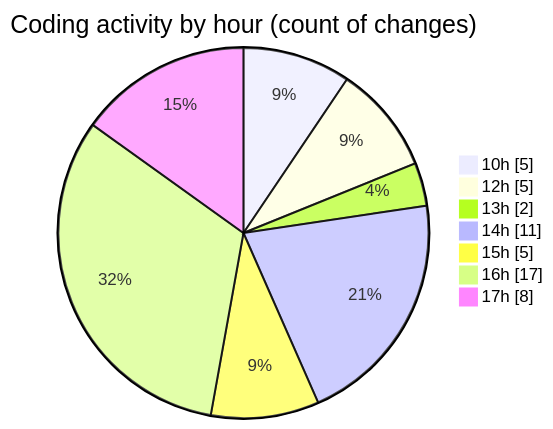
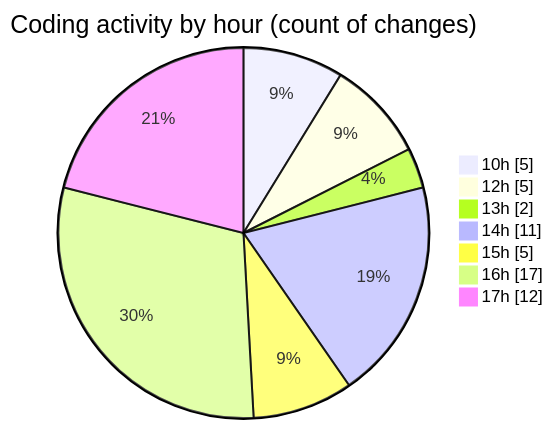
The second of 2 diagrams in 2025-07-07/urlwebwala_intership_work/README.md (Ritupan-Deka/code-tracking), drawn with Mermaid before and after one commit. The commit also changed other lines of this file and 1 other file, not shown here.

````diff
--- a/2025-07-07/urlwebwala_intership_work/README.md
+++ b/2025-07-07/urlwebwala_intership_work/README.md
@@ -30,11 +30,11 @@
 ```mermaid
 pie showData
 title Coding activity by hour (count of changes)
 "10h" : 5
 "12h" : 5
 "13h" : 2
 "14h" : 11
 "15h" : 5
 "16h" : 17
-"17h" : 8
+"17h" : 12
 ```
````
